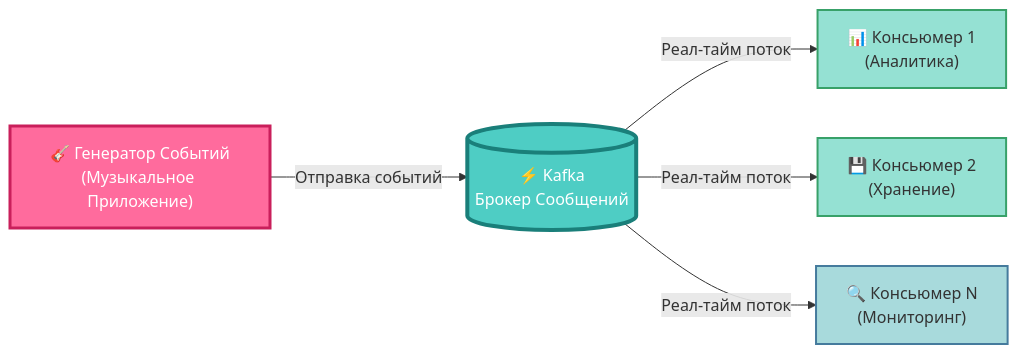
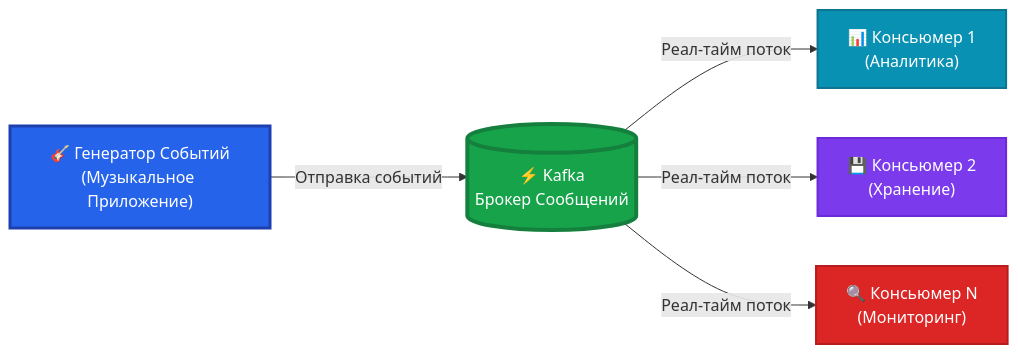
The first of 4 diagrams in README.md (Almas1989/kafka_de_project), drawn with Mermaid before and after one commit. The commit also changed other lines of this file, not shown here.

````diff
--- a/README.md
+++ b/README.md
@@ -22,13 +22,13 @@
 ```mermaid
 flowchart LR
     A["🎸 Генератор Событий<br/>(Музыкальное Приложение)"] -- Отправка событий --> B[("⚡ Kafka<br/>Брокер Сообщений")]
     B -- Реал-тайм поток --> C["📊 Консьюмер 1<br/>(Аналитика)"]
     B -- Реал-тайм поток --> D["💾 Консьюмер 2<br/>(Хранение)"]
     B -- Реал-тайм поток --> E["🔍 Консьюмер N<br/>(Мониторинг)"]
 
-    style A fill:#FF6B9D,stroke:#C91F5B,stroke-width:3px,color:#fff
-    style B fill:#4ECDC4,stroke:#1A7F7A,stroke-width:4px,color:#fff
-    style C fill:#95E1D3,stroke:#38A169,stroke-width:2px
-    style D fill:#95E1D3,stroke:#38A169,stroke-width:2px
-    style E fill:#A8DADC,stroke:#457B9D,stroke-width:2px
+    style A fill:#2563eb,stroke:#1e40af,stroke-width:3px,color:#fff
+    style B fill:#16a34a,stroke:#15803d,stroke-width:4px,color:#fff
+    style C fill:#0891b2,stroke:#0e7490,stroke-width:2px,color:#fff
+    style D fill:#7c3aed,stroke:#6d28d9,stroke-width:2px,color:#fff
+    style E fill:#dc2626,stroke:#b91c1c,stroke-width:2px,color:#fff
 ```
````
